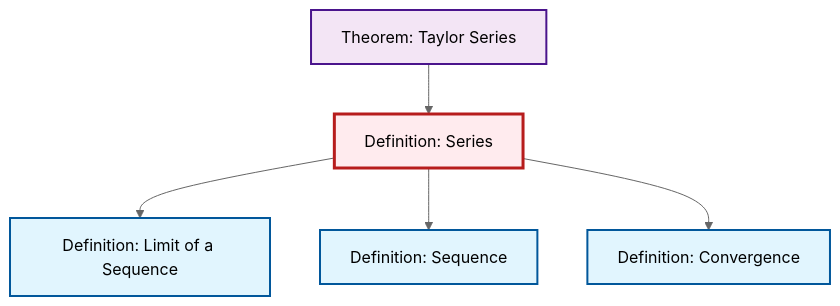
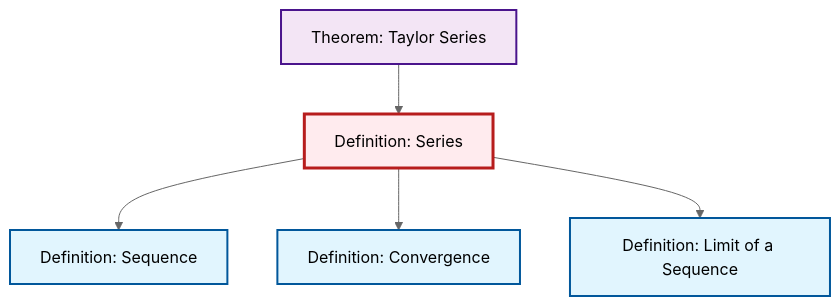
Before and after one commit to RK0429/ModernMath: the diagram in content/ja/analysis/def-series.qmd, drawn with Mermaid (neutral theme). The commit also changed other lines of this file and 619 other files, not shown here.

````diff
--- a/content/ja/analysis/def-series.qmd
+++ b/content/ja/analysis/def-series.qmd
@@ -91,23 +91,23 @@
 ```{mermaid}
 %%| fig-cap: "Local dependency graph"
 graph TD
     classDef definition fill:#e1f5fe,stroke:#01579b,stroke-width:2px
     classDef theorem fill:#f3e5f5,stroke:#4a148c,stroke-width:2px
     classDef axiom fill:#fff3e0,stroke:#e65100,stroke-width:2px
     classDef example fill:#e8f5e9,stroke:#1b5e20,stroke-width:2px
     classDef current fill:#ffebee,stroke:#b71c1c,stroke-width:3px
+    def-convergence["Definition: Convergence"]:::definition
+    thm-taylor-series["Theorem: Taylor Series"]:::theorem
+    def-sequence["Definition: Sequence"]:::definition
     def-series["Definition: Series"]:::definition
-    thm-taylor-series["Theorem: Taylor Series"]:::theorem
-    def-convergence["Definition: Convergence"]:::definition
-    def-sequence["Definition: Sequence"]:::definition
     def-limit["Definition: Limit of a Sequence"]:::definition
-    def-series --> def-limit
+    thm-taylor-series --> def-series
     def-series --> def-sequence
     def-series --> def-convergence
-    thm-taylor-series --> def-series
+    def-series --> def-limit
     class def-series current
+    click def-convergence "def-convergence.html" "Definition: Convergenceへ"
     click thm-taylor-series "thm-taylor-series.html" "Theorem: Taylor Seriesへ"
-    click def-convergence "def-convergence.html" "Definition: Convergenceへ"
     click def-sequence "def-sequence.html" "Definition: Sequenceへ"
     click def-limit "def-limit.html" "Definition: Limit of a Sequenceへ"
 ```
````
